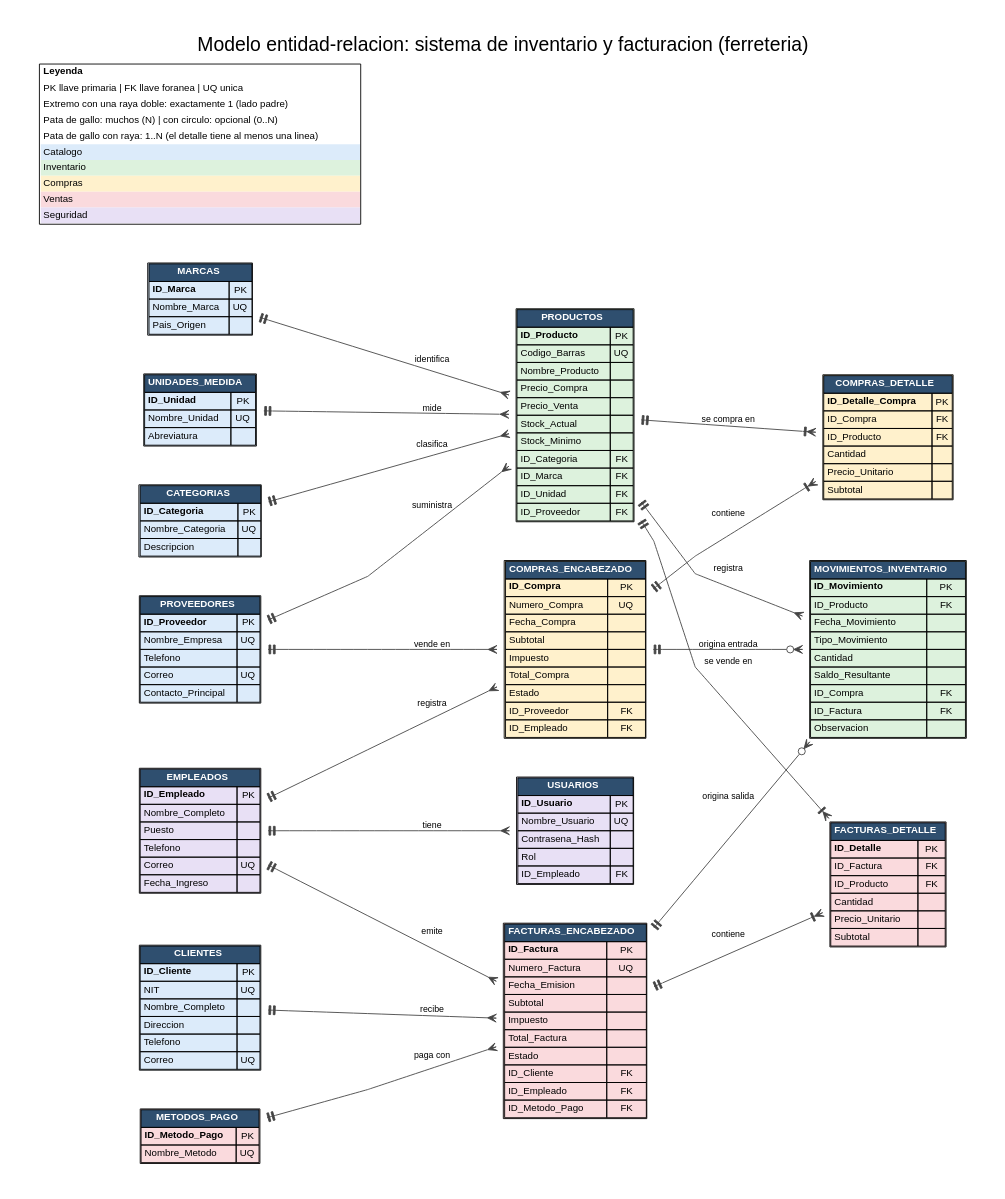
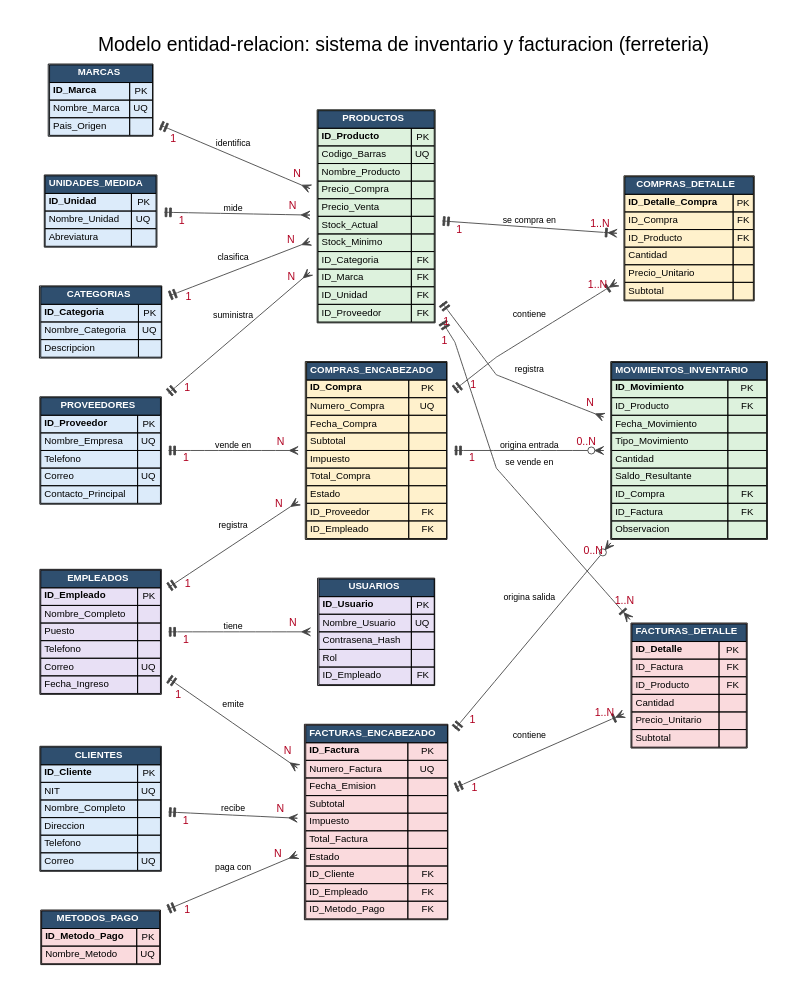
One commit to Amada07/inventario-facturacion-bd changed the diagram in diagramas/modelo_er.gv. Above: the diagram before and after it, drawn with Graphviz. The commit also changed 3 other files, not shown here.

Commit message:
Actualización de diagramas

```diff
--- a/diagramas/modelo_er.gv
+++ b/diagramas/modelo_er.gv
@@ -1,37 +1,36 @@
 digraph G {
 graph [rankdir=LR, splines=polyline, nodesep=0.5, ranksep=1.3, fontname="Helvetica", labelloc=t, fontsize=22, pad=0.4, label="Modelo entidad-relacion: sistema de inventario y facturacion (ferreteria)"];
 node [shape=plaintext, fontname="Helvetica", fontsize=11]
 edge [fontname="Helvetica", fontsize=10, arrowsize=1.0, dir=both, color="#444444"]
 CATEGORIAS [label=<<TABLE BORDER="1" CELLBORDER="1" CELLSPACING="0" CELLPADDING="3" BGCOLOR="#DCEBFA"><TR><TD COLSPAN="2" BGCOLOR="#2F4F6F"><B><FONT COLOR="white">CATEGORIAS</FONT></B></TD></TR><TR><TD ALIGN="LEFT"><B>ID_Categoria</B></TD><TD>PK</TD></TR><TR><TD ALIGN="LEFT">Nombre_Categoria</TD><TD>UQ</TD></TR><TR><TD ALIGN="LEFT">Descripcion</TD><TD></TD></TR></TABLE>>];
 MARCAS [label=<<TABLE BORDER="1" CELLBORDER="1" CELLSPACING="0" CELLPADDING="3" BGCOLOR="#DCEBFA"><TR><TD COLSPAN="2" BGCOLOR="#2F4F6F"><B><FONT COLOR="white">MARCAS</FONT></B></TD></TR><TR><TD ALIGN="LEFT"><B>ID_Marca</B></TD><TD>PK</TD></TR><TR><TD ALIGN="LEFT">Nombre_Marca</TD><TD>UQ</TD></TR><TR><TD ALIGN="LEFT">Pais_Origen</TD><TD></TD></TR></TABLE>>];
 UNIDADES_MEDIDA [label=<<TABLE BORDER="1" CELLBORDER="1" CELLSPACING="0" CELLPADDING="3" BGCOLOR="#DCEBFA"><TR><TD COLSPAN="2" BGCOLOR="#2F4F6F"><B><FONT COLOR="white">UNIDADES_MEDIDA</FONT></B></TD></TR><TR><TD ALIGN="LEFT"><B>ID_Unidad</B></TD><TD>PK</TD></TR><TR><TD ALIGN="LEFT">Nombre_Unidad</TD><TD>UQ</TD></TR><TR><TD ALIGN="LEFT">Abreviatura</TD><TD></TD></TR></TABLE>>];
 PROVEEDORES [label=<<TABLE BORDER="1" CELLBORDER="1" CELLSPACING="0" CELLPADDING="3" BGCOLOR="#DCEBFA"><TR><TD COLSPAN="2" BGCOLOR="#2F4F6F"><B><FONT COLOR="white">PROVEEDORES</FONT></B></TD></TR><TR><TD ALIGN="LEFT"><B>ID_Proveedor</B></TD><TD>PK</TD></TR><TR><TD ALIGN="LEFT">Nombre_Empresa</TD><TD>UQ</TD></TR><TR><TD ALIGN="LEFT">Telefono</TD><TD></TD></TR><TR><TD ALIGN="LEFT">Correo</TD><TD>UQ</TD></TR><TR><TD ALIGN="LEFT">Contacto_Principal</TD><TD></TD></TR></TABLE>>];
 CLIENTES [label=<<TABLE BORDER="1" CELLBORDER="1" CELLSPACING="0" CELLPADDING="3" BGCOLOR="#DCEBFA"><TR><TD COLSPAN="2" BGCOLOR="#2F4F6F"><B><FONT COLOR="white">CLIENTES</FONT></B></TD></TR><TR><TD ALIGN="LEFT"><B>ID_Cliente</B></TD><TD>PK</TD></TR><TR><TD ALIGN="LEFT">NIT</TD><TD>UQ</TD></TR><TR><TD ALIGN="LEFT">Nombre_Completo</TD><TD></TD></TR><TR><TD ALIGN="LEFT">Direccion</TD><TD></TD></TR><TR><TD ALIGN="LEFT">Telefono</TD><TD></TD></TR><TR><TD ALIGN="LEFT">Correo</TD><TD>UQ</TD></TR></TABLE>>];
 EMPLEADOS [label=<<TABLE BORDER="1" CELLBORDER="1" CELLSPACING="0" CELLPADDING="3" BGCOLOR="#E8E0F5"><TR><TD COLSPAN="2" BGCOLOR="#2F4F6F"><B><FONT COLOR="white">EMPLEADOS</FONT></B></TD></TR><TR><TD ALIGN="LEFT"><B>ID_Empleado</B></TD><TD>PK</TD></TR><TR><TD ALIGN="LEFT">Nombre_Completo</TD><TD></TD></TR><TR><TD ALIGN="LEFT">Puesto</TD><TD></TD></TR><TR><TD ALIGN="LEFT">Telefono</TD><TD></TD></TR><TR><TD ALIGN="LEFT">Correo</TD><TD>UQ</TD></TR><TR><TD ALIGN="LEFT">Fecha_Ingreso</TD><TD></TD></TR></TABLE>>];
 USUARIOS [label=<<TABLE BORDER="1" CELLBORDER="1" CELLSPACING="0" CELLPADDING="3" BGCOLOR="#E8E0F5"><TR><TD COLSPAN="2" BGCOLOR="#2F4F6F"><B><FONT COLOR="white">USUARIOS</FONT></B></TD></TR><TR><TD ALIGN="LEFT"><B>ID_Usuario</B></TD><TD>PK</TD></TR><TR><TD ALIGN="LEFT">Nombre_Usuario</TD><TD>UQ</TD></TR><TR><TD ALIGN="LEFT">Contrasena_Hash</TD><TD></TD></TR><TR><TD ALIGN="LEFT">Rol</TD><TD></TD></TR><TR><TD ALIGN="LEFT">ID_Empleado</TD><TD>FK</TD></TR></TABLE>>];
 PRODUCTOS [label=<<TABLE BORDER="1" CELLBORDER="1" CELLSPACING="0" CELLPADDING="3" BGCOLOR="#DDF2DD"><TR><TD COLSPAN="2" BGCOLOR="#2F4F6F"><B><FONT COLOR="white">PRODUCTOS</FONT></B></TD></TR><TR><TD ALIGN="LEFT"><B>ID_Producto</B></TD><TD>PK</TD></TR><TR><TD ALIGN="LEFT">Codigo_Barras</TD><TD>UQ</TD></TR><TR><TD ALIGN="LEFT">Nombre_Producto</TD><TD></TD></TR><TR><TD ALIGN="LEFT">Precio_Compra</TD><TD></TD></TR><TR><TD ALIGN="LEFT">Precio_Venta</TD><TD></TD></TR><TR><TD ALIGN="LEFT">Stock_Actual</TD><TD></TD></TR><TR><TD ALIGN="LEFT">Stock_Minimo</TD><TD></TD></TR><TR><TD ALIGN="LEFT">ID_Categoria</TD><TD>FK</TD></TR><TR><TD ALIGN="LEFT">ID_Marca</TD><TD>FK</TD></TR><TR><TD ALIGN="LEFT">ID_Unidad</TD><TD>FK</TD></TR><TR><TD ALIGN="LEFT">ID_Proveedor</TD><TD>FK</TD></TR></TABLE>>];
 COMPRAS_ENCABEZADO [label=<<TABLE BORDER="1" CELLBORDER="1" CELLSPACING="0" CELLPADDING="3" BGCOLOR="#FFF1CC"><TR><TD COLSPAN="2" BGCOLOR="#2F4F6F"><B><FONT COLOR="white">COMPRAS_ENCABEZADO</FONT></B></TD></TR><TR><TD ALIGN="LEFT"><B>ID_Compra</B></TD><TD>PK</TD></TR><TR><TD ALIGN="LEFT">Numero_Compra</TD><TD>UQ</TD></TR><TR><TD ALIGN="LEFT">Fecha_Compra</TD><TD></TD></TR><TR><TD ALIGN="LEFT">Subtotal</TD><TD></TD></TR><TR><TD ALIGN="LEFT">Impuesto</TD><TD></TD></TR><TR><TD ALIGN="LEFT">Total_Compra</TD><TD></TD></TR><TR><TD ALIGN="LEFT">Estado</TD><TD></TD></TR><TR><TD ALIGN="LEFT">ID_Proveedor</TD><TD>FK</TD></TR><TR><TD ALIGN="LEFT">ID_Empleado</TD><TD>FK</TD></TR></TABLE>>];
 COMPRAS_DETALLE [label=<<TABLE BORDER="1" CELLBORDER="1" CELLSPACING="0" CELLPADDING="3" BGCOLOR="#FFF1CC"><TR><TD COLSPAN="2" BGCOLOR="#2F4F6F"><B><FONT COLOR="white">COMPRAS_DETALLE</FONT></B></TD></TR><TR><TD ALIGN="LEFT"><B>ID_Detalle_Compra</B></TD><TD>PK</TD></TR><TR><TD ALIGN="LEFT">ID_Compra</TD><TD>FK</TD></TR><TR><TD ALIGN="LEFT">ID_Producto</TD><TD>FK</TD></TR><TR><TD ALIGN="LEFT">Cantidad</TD><TD></TD></TR><TR><TD ALIGN="LEFT">Precio_Unitario</TD><TD></TD></TR><TR><TD ALIGN="LEFT">Subtotal</TD><TD></TD></TR></TABLE>>];
 METODOS_PAGO [label=<<TABLE BORDER="1" CELLBORDER="1" CELLSPACING="0" CELLPADDING="3" BGCOLOR="#FADADD"><TR><TD COLSPAN="2" BGCOLOR="#2F4F6F"><B><FONT COLOR="white">METODOS_PAGO</FONT></B></TD></TR><TR><TD ALIGN="LEFT"><B>ID_Metodo_Pago</B></TD><TD>PK</TD></TR><TR><TD ALIGN="LEFT">Nombre_Metodo</TD><TD>UQ</TD></TR></TABLE>>];
 FACTURAS_ENCABEZADO [label=<<TABLE BORDER="1" CELLBORDER="1" CELLSPACING="0" CELLPADDING="3" BGCOLOR="#FADADD"><TR><TD COLSPAN="2" BGCOLOR="#2F4F6F"><B><FONT COLOR="white">FACTURAS_ENCABEZADO</FONT></B></TD></TR><TR><TD ALIGN="LEFT"><B>ID_Factura</B></TD><TD>PK</TD></TR><TR><TD ALIGN="LEFT">Numero_Factura</TD><TD>UQ</TD></TR><TR><TD ALIGN="LEFT">Fecha_Emision</TD><TD></TD></TR><TR><TD ALIGN="LEFT">Subtotal</TD><TD></TD></TR><TR><TD ALIGN="LEFT">Impuesto</TD><TD></TD></TR><TR><TD ALIGN="LEFT">Total_Factura</TD><TD></TD></TR><TR><TD ALIGN="LEFT">Estado</TD><TD></TD></TR><TR><TD ALIGN="LEFT">ID_Cliente</TD><TD>FK</TD></TR><TR><TD ALIGN="LEFT">ID_Empleado</TD><TD>FK</TD></TR><TR><TD ALIGN="LEFT">ID_Metodo_Pago</TD><TD>FK</TD></TR></TABLE>>];
 FACTURAS_DETALLE [label=<<TABLE BORDER="1" CELLBORDER="1" CELLSPACING="0" CELLPADDING="3" BGCOLOR="#FADADD"><TR><TD COLSPAN="2" BGCOLOR="#2F4F6F"><B><FONT COLOR="white">FACTURAS_DETALLE</FONT></B></TD></TR><TR><TD ALIGN="LEFT"><B>ID_Detalle</B></TD><TD>PK</TD></TR><TR><TD ALIGN="LEFT">ID_Factura</TD><TD>FK</TD></TR><TR><TD ALIGN="LEFT">ID_Producto</TD><TD>FK</TD></TR><TR><TD ALIGN="LEFT">Cantidad</TD><TD></TD></TR><TR><TD ALIGN="LEFT">Precio_Unitario</TD><TD></TD></TR><TR><TD ALIGN="LEFT">Subtotal</TD><TD></TD></TR></TABLE>>];
 MOVIMIENTOS_INVENTARIO [label=<<TABLE BORDER="1" CELLBORDER="1" CELLSPACING="0" CELLPADDING="3" BGCOLOR="#DDF2DD"><TR><TD COLSPAN="2" BGCOLOR="#2F4F6F"><B><FONT COLOR="white">MOVIMIENTOS_INVENTARIO</FONT></B></TD></TR><TR><TD ALIGN="LEFT"><B>ID_Movimiento</B></TD><TD>PK</TD></TR><TR><TD ALIGN="LEFT">ID_Producto</TD><TD>FK</TD></TR><TR><TD ALIGN="LEFT">Fecha_Movimiento</TD><TD></TD></TR><TR><TD ALIGN="LEFT">Tipo_Movimiento</TD><TD></TD></TR><TR><TD ALIGN="LEFT">Cantidad</TD><TD></TD></TR><TR><TD ALIGN="LEFT">Saldo_Resultante</TD><TD></TD></TR><TR><TD ALIGN="LEFT">ID_Compra</TD><TD>FK</TD></TR><TR><TD ALIGN="LEFT">ID_Factura</TD><TD>FK</TD></TR><TR><TD ALIGN="LEFT">Observacion</TD><TD></TD></TR></TABLE>>];
-EMPLEADOS -> USUARIOS [arrowtail=teetee, arrowhead=crow, label="tiene"];
-CATEGORIAS -> PRODUCTOS [arrowtail=teetee, arrowhead=crow, label="clasifica"];
-MARCAS -> PRODUCTOS [arrowtail=teetee, arrowhead=crow, label="identifica"];
-UNIDADES_MEDIDA -> PRODUCTOS [arrowtail=teetee, arrowhead=crow, label="mide"];
-PROVEEDORES -> PRODUCTOS [arrowtail=teetee, arrowhead=crow, label="suministra"];
-PROVEEDORES -> COMPRAS_ENCABEZADO [arrowtail=teetee, arrowhead=crow, label="vende en"];
-EMPLEADOS -> COMPRAS_ENCABEZADO [arrowtail=teetee, arrowhead=crow, label="registra"];
-COMPRAS_ENCABEZADO -> COMPRAS_DETALLE [arrowtail=teetee, arrowhead=crowtee, label="contiene"];
-PRODUCTOS -> COMPRAS_DETALLE [arrowtail=teetee, arrowhead=crowtee, label="se compra en"];
-CLIENTES -> FACTURAS_ENCABEZADO [arrowtail=teetee, arrowhead=crow, label="recibe"];
-EMPLEADOS -> FACTURAS_ENCABEZADO [arrowtail=teetee, arrowhead=crow, label="emite"];
-METODOS_PAGO -> FACTURAS_ENCABEZADO [arrowtail=teetee, arrowhead=crow, label="paga con"];
-FACTURAS_ENCABEZADO -> FACTURAS_DETALLE [arrowtail=teetee, arrowhead=crowtee, label="contiene"];
-PRODUCTOS -> FACTURAS_DETALLE [arrowtail=teetee, arrowhead=crowtee, label="se vende en"];
-PRODUCTOS -> MOVIMIENTOS_INVENTARIO [arrowtail=teetee, arrowhead=crow, label="registra"];
-COMPRAS_ENCABEZADO -> MOVIMIENTOS_INVENTARIO [arrowtail=teetee, arrowhead=crowodot, label="origina entrada"];
-FACTURAS_ENCABEZADO -> MOVIMIENTOS_INVENTARIO [arrowtail=teetee, arrowhead=crowodot, label="origina salida"];
-LEYENDA [shape=plaintext, label=<<TABLE BORDER="1" CELLBORDER="0" CELLSPACING="0" CELLPADDING="3" BGCOLOR="white"><TR><TD ALIGN="LEFT"><B>Leyenda</B></TD></TR><TR><TD ALIGN="LEFT">PK llave primaria | FK llave foranea | UQ unica</TD></TR><TR><TD ALIGN="LEFT">Extremo con una raya doble: exactamente 1 (lado padre)</TD></TR><TR><TD ALIGN="LEFT">Pata de gallo: muchos (N) | con circulo: opcional (0..N)</TD></TR><TR><TD ALIGN="LEFT">Pata de gallo con raya: 1..N (el detalle tiene al menos una linea)</TD></TR><TR><TD ALIGN="LEFT" BGCOLOR="#DCEBFA">Catalogo</TD></TR><TR><TD ALIGN="LEFT" BGCOLOR="#DDF2DD">Inventario</TD></TR><TR><TD ALIGN="LEFT" BGCOLOR="#FFF1CC">Compras</TD></TR><TR><TD ALIGN="LEFT" BGCOLOR="#FADADD">Ventas</TD></TR><TR><TD ALIGN="LEFT" BGCOLOR="#E8E0F5">Seguridad</TD></TR></TABLE>>];
+EMPLEADOS -> USUARIOS [arrowtail=teetee, arrowhead=crow, label="tiene", taillabel="1", headlabel="N", labeldistance=2.2, labelfontsize=12, labelfontcolor="#B00020"];
+CATEGORIAS -> PRODUCTOS [arrowtail=teetee, arrowhead=crow, label="clasifica", taillabel="1", headlabel="N", labeldistance=2.2, labelfontsize=12, labelfontcolor="#B00020"];
+MARCAS -> PRODUCTOS [arrowtail=teetee, arrowhead=crow, label="identifica", taillabel="1", headlabel="N", labeldistance=2.2, labelfontsize=12, labelfontcolor="#B00020"];
+UNIDADES_MEDIDA -> PRODUCTOS [arrowtail=teetee, arrowhead=crow, label="mide", taillabel="1", headlabel="N", labeldistance=2.2, labelfontsize=12, labelfontcolor="#B00020"];
+PROVEEDORES -> PRODUCTOS [arrowtail=teetee, arrowhead=crow, label="suministra", taillabel="1", headlabel="N", labeldistance=2.2, labelfontsize=12, labelfontcolor="#B00020"];
+PROVEEDORES -> COMPRAS_ENCABEZADO [arrowtail=teetee, arrowhead=crow, label="vende en", taillabel="1", headlabel="N", labeldistance=2.2, labelfontsize=12, labelfontcolor="#B00020"];
+EMPLEADOS -> COMPRAS_ENCABEZADO [arrowtail=teetee, arrowhead=crow, label="registra", taillabel="1", headlabel="N", labeldistance=2.2, labelfontsize=12, labelfontcolor="#B00020"];
+COMPRAS_ENCABEZADO -> COMPRAS_DETALLE [arrowtail=teetee, arrowhead=crowtee, label="contiene", taillabel="1", headlabel="1..N", labeldistance=2.2, labelfontsize=12, labelfontcolor="#B00020"];
+PRODUCTOS -> COMPRAS_DETALLE [arrowtail=teetee, arrowhead=crowtee, label="se compra en", taillabel="1", headlabel="1..N", labeldistance=2.2, labelfontsize=12, labelfontcolor="#B00020"];
+CLIENTES -> FACTURAS_ENCABEZADO [arrowtail=teetee, arrowhead=crow, label="recibe", taillabel="1", headlabel="N", labeldistance=2.2, labelfontsize=12, labelfontcolor="#B00020"];
+EMPLEADOS -> FACTURAS_ENCABEZADO [arrowtail=teetee, arrowhead=crow, label="emite", taillabel="1", headlabel="N", labeldistance=2.2, labelfontsize=12, labelfontcolor="#B00020"];
+METODOS_PAGO -> FACTURAS_ENCABEZADO [arrowtail=teetee, arrowhead=crow, label="paga con", taillabel="1", headlabel="N", labeldistance=2.2, labelfontsize=12, labelfontcolor="#B00020"];
+FACTURAS_ENCABEZADO -> FACTURAS_DETALLE [arrowtail=teetee, arrowhead=crowtee, label="contiene", taillabel="1", headlabel="1..N", labeldistance=2.2, labelfontsize=12, labelfontcolor="#B00020"];
+PRODUCTOS -> FACTURAS_DETALLE [arrowtail=teetee, arrowhead=crowtee, label="se vende en", taillabel="1", headlabel="1..N", labeldistance=2.2, labelfontsize=12, labelfontcolor="#B00020"];
+PRODUCTOS -> MOVIMIENTOS_INVENTARIO [arrowtail=teetee, arrowhead=crow, label="registra", taillabel="1", headlabel="N", labeldistance=2.2, labelfontsize=12, labelfontcolor="#B00020"];
+COMPRAS_ENCABEZADO -> MOVIMIENTOS_INVENTARIO [arrowtail=teetee, arrowhead=crowodot, label="origina entrada", taillabel="1", headlabel="0..N", labeldistance=2.2, labelfontsize=12, labelfontcolor="#B00020"];
+FACTURAS_ENCABEZADO -> MOVIMIENTOS_INVENTARIO [arrowtail=teetee, arrowhead=crowodot, label="origina salida", taillabel="1", headlabel="0..N", labeldistance=2.2, labelfontsize=12, labelfontcolor="#B00020"];
 }
```
